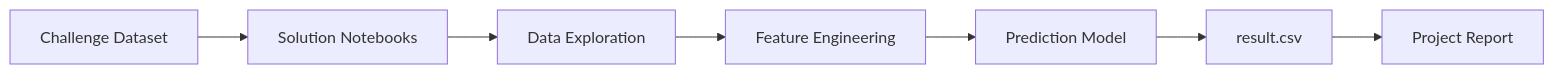
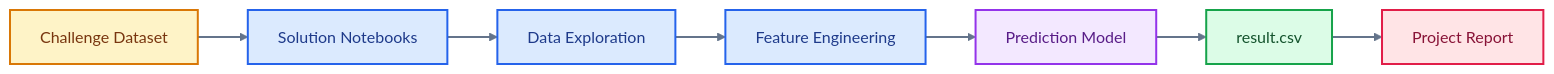
Before and after one commit to skx56/Innov8: the diagram in README.md, drawn with Mermaid.

Commit message:
Colorize README architecture diagram

````diff
--- a/README.md
+++ b/README.md
@@ -30,9 +30,21 @@
 ```mermaid
 flowchart LR
   Data["Challenge Dataset"] --> Notebook["Solution Notebooks"]
   Notebook --> EDA["Data Exploration"]
   EDA --> Features["Feature Engineering"]
   Features --> Model["Prediction Model"]
   Model --> Results["result.csv"]
   Results --> Report["Project Report"]
+
+  classDef inputs fill:#FEF3C7,stroke:#D97706,color:#78350F,stroke-width:2px;
+  classDef process fill:#DBEAFE,stroke:#2563EB,color:#1E3A8A,stroke-width:2px;
+  classDef data fill:#DCFCE7,stroke:#16A34A,color:#14532D,stroke-width:2px;
+  classDef agent fill:#F3E8FF,stroke:#9333EA,color:#581C87,stroke-width:2px;
+  classDef output fill:#FFE4E6,stroke:#E11D48,color:#881337,stroke-width:2px;
+  class Data inputs;
+  class Notebook,EDA,Features process;
+  class Results data;
+  class Model agent;
+  class Report output;
+  linkStyle default stroke:#64748B,stroke-width:2px;
 ```
````
